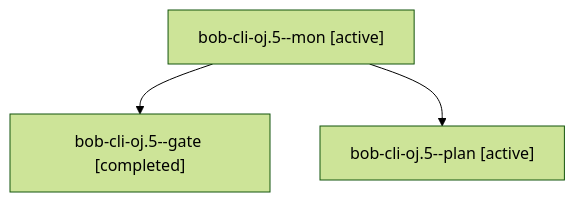
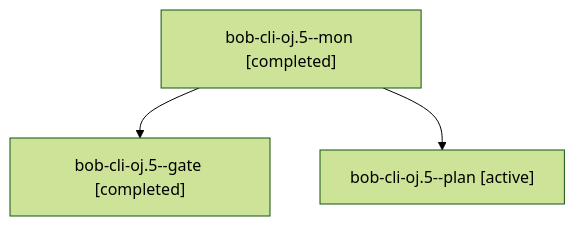
One commit to bobs-org/bob-cli--agents changed the diagram in sessions/bbugyi200.athena.bob-cli-oj.5.md. Above: the diagram before and after it, drawn with Mermaid (forest theme). The commit also changed other lines of this file and 81 other files, not shown here.

````diff
--- a/sessions/bbugyi200.athena.bob-cli-oj.5.md
+++ b/sessions/bbugyi200.athena.bob-cli-oj.5.md
@@ -9,8 +9,8 @@
 ```mermaid
 flowchart TD
-  n0["bob-cli-oj.5--mon [active]"]
+  n0["bob-cli-oj.5--mon [completed]"]
   n1["bob-cli-oj.5--gate [completed]"]
   n0 --> n1
   n2["bob-cli-oj.5--plan [active]"]
   n0 --> n2
 ```
````
